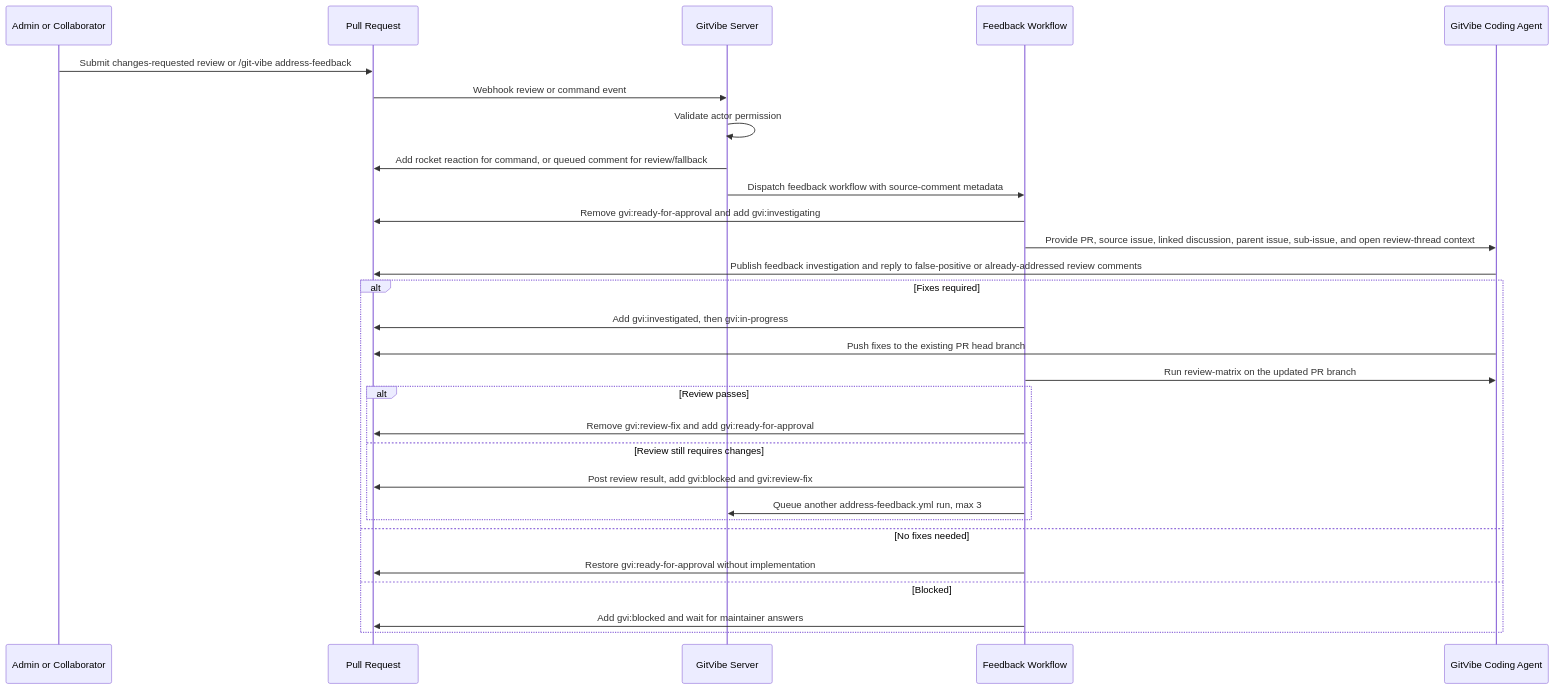
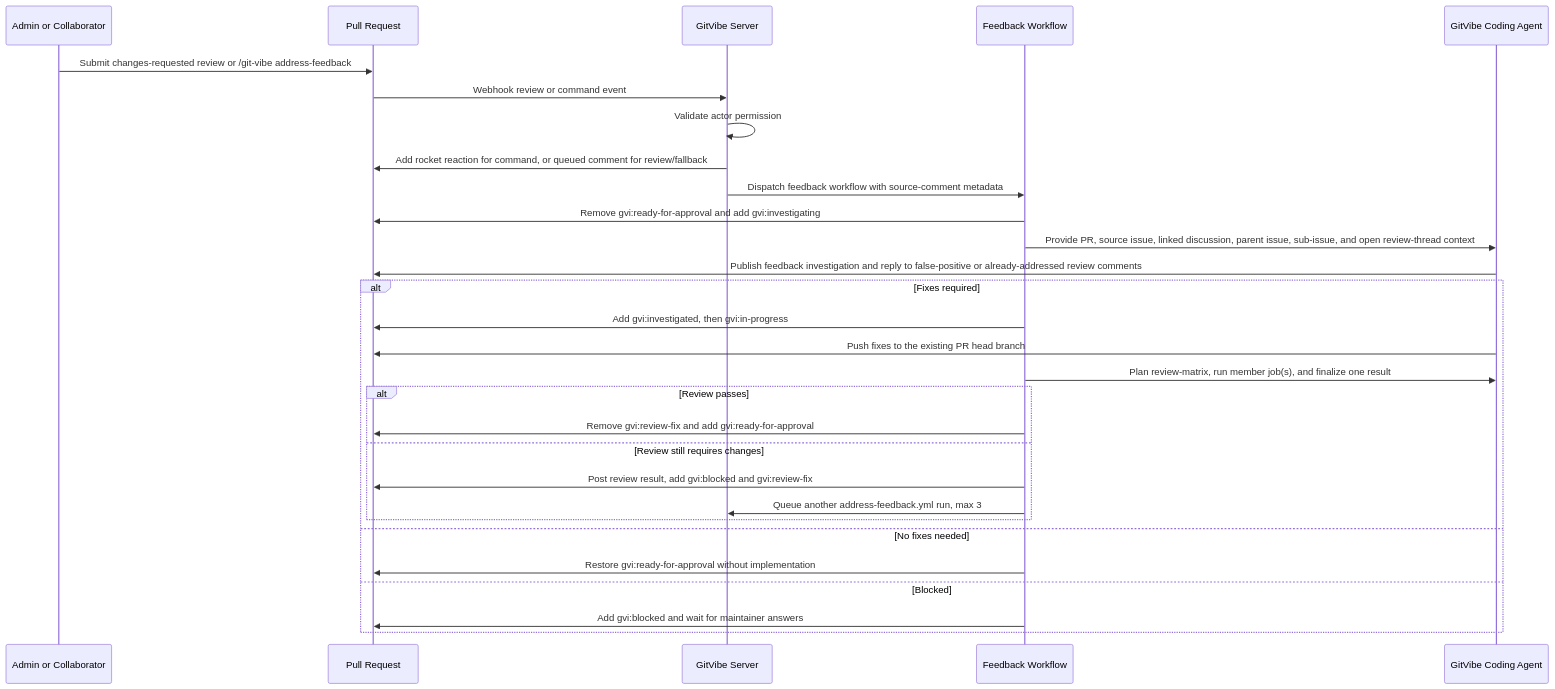
Before and after one commit to markhuangai/git-vibe: the sixth of 6 diagrams in docs/WORKFLOW.md, drawn with Mermaid. The commit also changed other lines of this file and 38 other files, not shown here.

````diff
--- a/docs/WORKFLOW.md
+++ b/docs/WORKFLOW.md
@@ -377,32 +379,32 @@
 ```mermaid
 sequenceDiagram
   participant M as Admin or Collaborator
   participant PR as Pull Request
   participant App as GitVibe Server
   participant WF as Feedback Workflow
   participant Agent as GitVibe Coding Agent
 
   M->>PR: Submit changes-requested review or /git-vibe address-feedback
   PR->>App: Webhook review or command event
   App->>App: Validate actor permission
   App->>PR: Add rocket reaction for command, or queued comment for review/fallback
   App->>WF: Dispatch feedback workflow with source-comment metadata
   WF->>PR: Remove gvi:ready-for-approval and add gvi:investigating
   WF->>Agent: Provide PR, source issue, linked discussion, parent issue, sub-issue, and open review-thread context
   Agent->>PR: Publish feedback investigation and reply to false-positive or already-addressed review comments
   alt Fixes required
     WF->>PR: Add gvi:investigated, then gvi:in-progress
     Agent->>PR: Push fixes to the existing PR head branch
-    WF->>Agent: Run review-matrix on the updated PR branch
+    WF->>Agent: Plan review-matrix, run member job(s), and finalize one result
     alt Review passes
       WF->>PR: Remove gvi:review-fix and add gvi:ready-for-approval
     else Review still requires changes
       WF->>PR: Post review result, add gvi:blocked and gvi:review-fix
       WF->>App: Queue another address-feedback.yml run, max 3
     end
   else No fixes needed
     WF->>PR: Restore gvi:ready-for-approval without implementation
   else Blocked
     WF->>PR: Add gvi:blocked and wait for maintainer answers
   end
 ```
````
